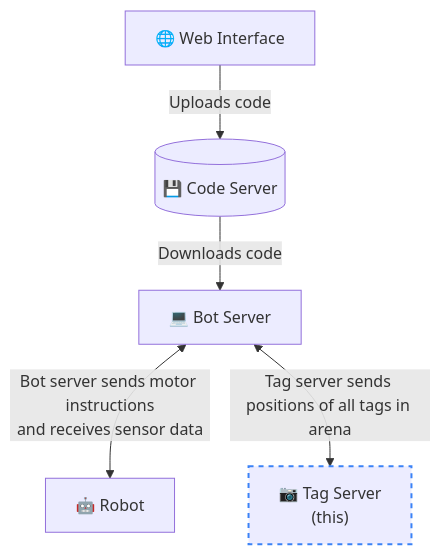
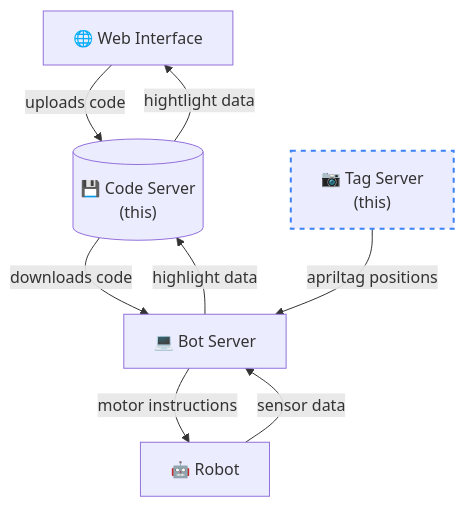
Before and after one commit to AutoSumo/tag-server: the diagram in readme.md, drawn with Mermaid. The commit also changed other lines of this file, not shown here.

````diff
--- a/readme.md
+++ b/readme.md
@@ -5,14 +5,17 @@
 ```mermaid
 flowchart TD
-    web["🌐 Web Interface"] -->|Uploads code| code-server[("💾 Code Server")]
-    code-server -->|Downloads code| bot-server["💻 Bot Server"]
-    bot-server <-->|Bot server sends motor instructions\nand receives sensor data| robot["🤖 Robot"]
-    bot-server <-->|Tag server sends positions of all tags in arena| tag-server["📷 Tag Server\n(this)"]
+    web["🌐 Web Interface"] -->|uploads code| code-server[("💾 Code Server\n(this)")]
+    code-server -->|hightlight data| web
+    code-server -->|downloads code| bot-server["💻 Bot Server"]
+    bot-server -->|highlight data| code-server
+    bot-server -->|motor instructions| robot["🤖 Robot"]
+    robot -->|sensor data| bot-server
+    tag-server["📷 Tag Server\n(this)"] -->|apriltag positions| bot-server
     
     style tag-server stroke-width:2px,stroke-dasharray: 5 5,stroke:#3b82f6
     
     click web "https://github.com/AutoSumo/web"
     click code-server "https://github.com/AutoSumo/code-server"
     click bot-server "https://github.com/AutoSumo/server"
     click robot "https://github.com/AutoSumo/robot"
 ```
````
